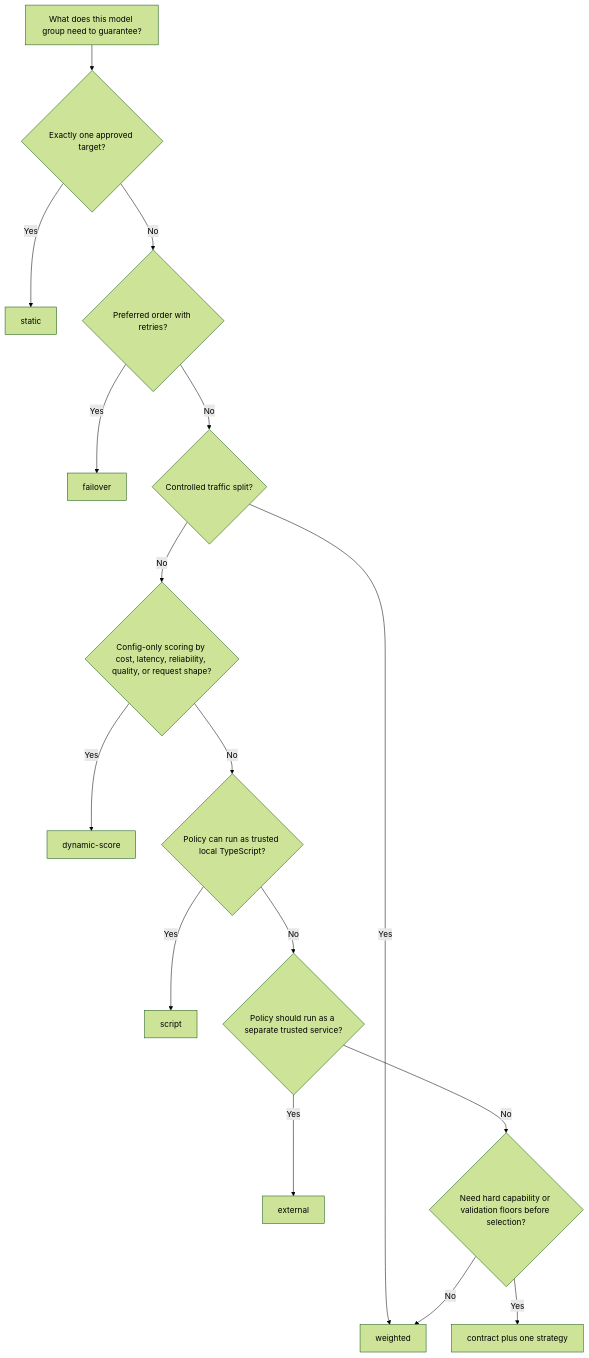
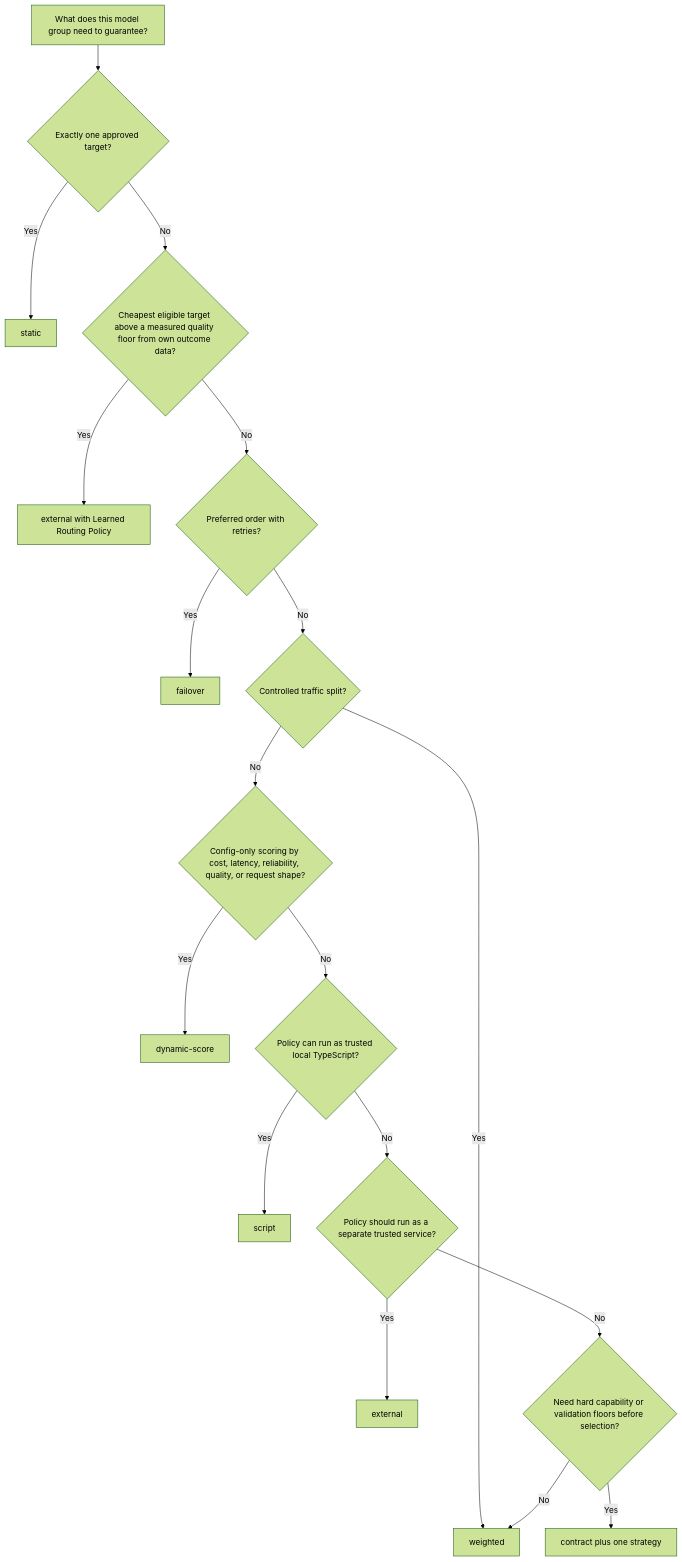
Before and after one commit to Metrum-AI-Products/genai-smart-router: the diagram in docs-site/docs/routing/strategy-decision-tree.md, drawn with Mermaid (forest theme). The commit also changed other lines of this file and 103 other files, not shown here.

````diff
--- a/docs-site/docs/routing/strategy-decision-tree.md
+++ b/docs-site/docs/routing/strategy-decision-tree.md
@@ -10,19 +10,21 @@
 ```mermaid
 flowchart TD
   Start[What does this model group need to guarantee?]
   Start --> Fixed{Exactly one approved target?}
   Fixed -->|Yes| Static[static]
-  Fixed -->|No| Preferred{Preferred order with retries?}
+  Fixed -->|No| Learned{Cheapest eligible target above a measured quality floor from own outcome data?}
+  Learned -->|Yes| LRP[external with Learned Routing Policy]
+  Learned -->|No| Preferred{Preferred order with retries?}
   Preferred -->|Yes| Failover[failover]
   Preferred -->|No| Mix{Controlled traffic split?}
   Mix -->|Yes| Weighted[weighted]
   Mix -->|No| Score{Config-only scoring by cost, latency, reliability, quality, or request shape?}
   Score -->|Yes| Dynamic[dynamic-score]
   Score -->|No| LocalCode{Policy can run as trusted local TypeScript?}
   LocalCode -->|Yes| Script[script]
   LocalCode -->|No| Service{Policy should run as a separate trusted service?}
   Service -->|Yes| External[external]
   Service -->|No| Contract{Need hard capability or validation floors before selection?}
   Contract -->|Yes| ContractNode[contract plus one strategy]
   Contract -->|No| Weighted
 ```
````
